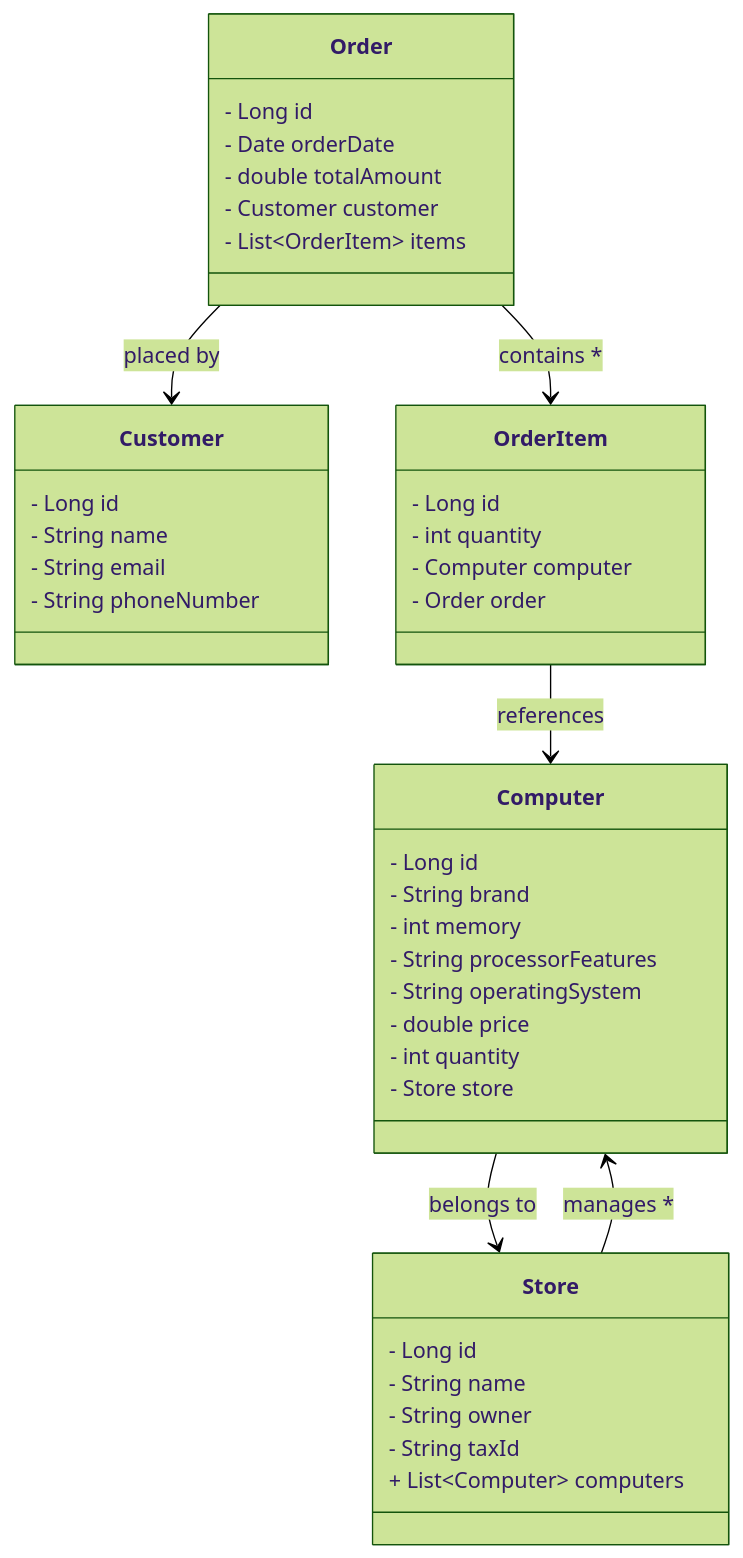
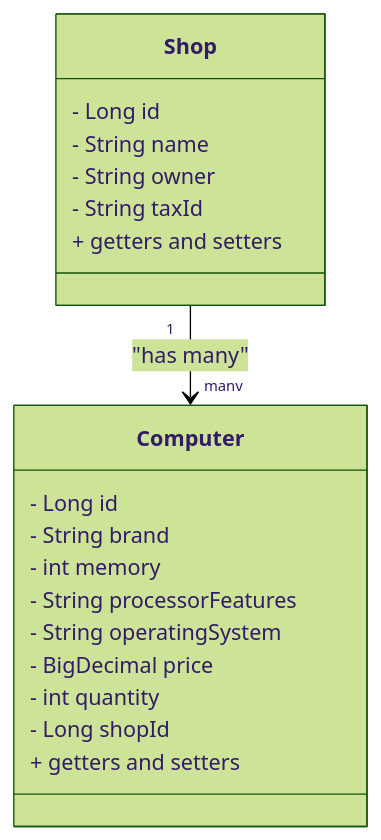
One commit to olegukr/computers-shop changed the second of 2 diagrams in README.md. Above: the diagram before and after it, drawn with Mermaid (forest theme). The commit also changed other lines of this file, not shown here.

````diff
--- a/README.md
+++ b/README.md
@@ -224,51 +222,24 @@
 ```mermaid
 classDiagram
+    class Shop {
+        - Long id
+        - String name
+        - String owner
+        - String taxId
+        + getters and setters
+    }
+
     class Computer {
         - Long id
         - String brand
         - int memory
         - String processorFeatures
         - String operatingSystem
-        - double price
+        - BigDecimal price
         - int quantity
-        - Store store
+        - Long shopId
+        + getters and setters
     }
 
-    class Store {
-        - Long id
-        - String name
-        - String owner
-        - String taxId
-        + List~Computer~ computers
-    }
-
-    class Customer {
-        - Long id
-        - String name
-        - String email
-        - String phoneNumber
-    }
-
-    class Order {
-        - Long id
-        - Date orderDate
-        - double totalAmount
-        - Customer customer
-        - List~OrderItem~ items
-    }
-
-    class OrderItem {
-        - Long id
-        - int quantity
-        - Computer computer
-        - Order order
-    }
-
-    Computer --> Store : belongs to
-    Store --> Computer : manages *
-    Order --> Customer : placed by
-    Order --> OrderItem : contains *
-    OrderItem --> Computer : references
-
-
+    Shop "1" --> "many" Computer : "has many"
 ```
````
